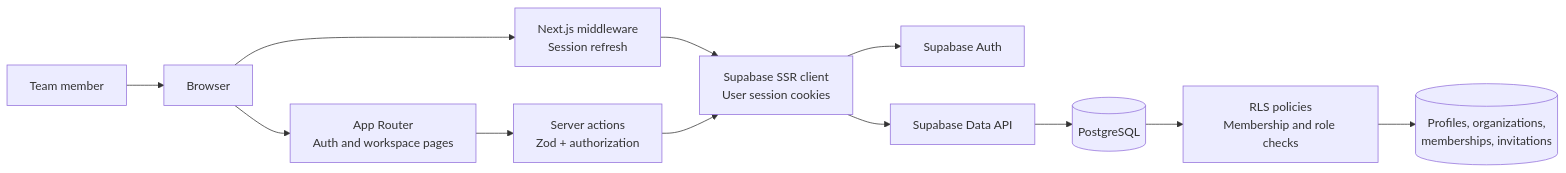
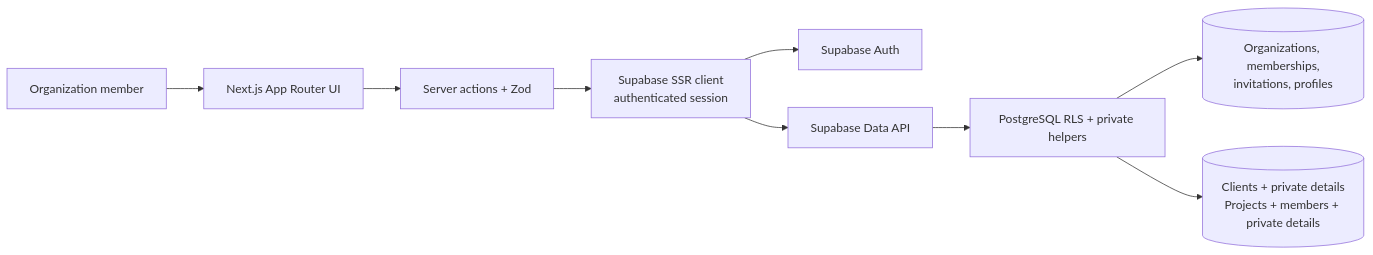
The first of 2 diagrams in docs/ARCHITECTURE.md (AhmedGhannam17/Startup-Management-System), drawn with Mermaid before and after one commit. The commit also changed other lines of this file and 21 other files, not shown here.

First line of the commit message:
feat: implement clients and projects management with access controls

````diff
--- a/docs/ARCHITECTURE.md
+++ b/docs/ARCHITECTURE.md
@@ -11,14 +9,11 @@
 ```mermaid
 flowchart LR
-  person[Team member] --> browser[Browser]
-  browser --> middleware["Next.js middleware<br/>Session refresh"]
-  browser --> routes["App Router<br/>Auth and workspace pages"]
-  routes --> actions["Server actions<br/>Zod + authorization"]
-  middleware --> ssr["Supabase SSR client<br/>User session cookies"]
-  actions --> ssr
-  ssr --> auth[Supabase Auth]
-  ssr --> api[Supabase Data API]
-  api --> postgres[(PostgreSQL)]
-  postgres --> rls["RLS policies<br/>Membership and role checks"]
-  rls --> tables[("Profiles, organizations,<br/>memberships, invitations")]
+  member[Organization member] --> ui[Next.js App Router UI]
+  ui --> actions[Server actions + Zod]
+  actions --> session[Supabase SSR client<br/>authenticated session]
+  session --> auth[Supabase Auth]
+  session --> api[Supabase Data API]
+  api --> rls[PostgreSQL RLS + private helpers]
+  rls --> base[(Organizations, memberships,<br/>invitations, profiles)]
+  rls --> business[(Clients + private details<br/>Projects + members + private details)]
 ```
````
